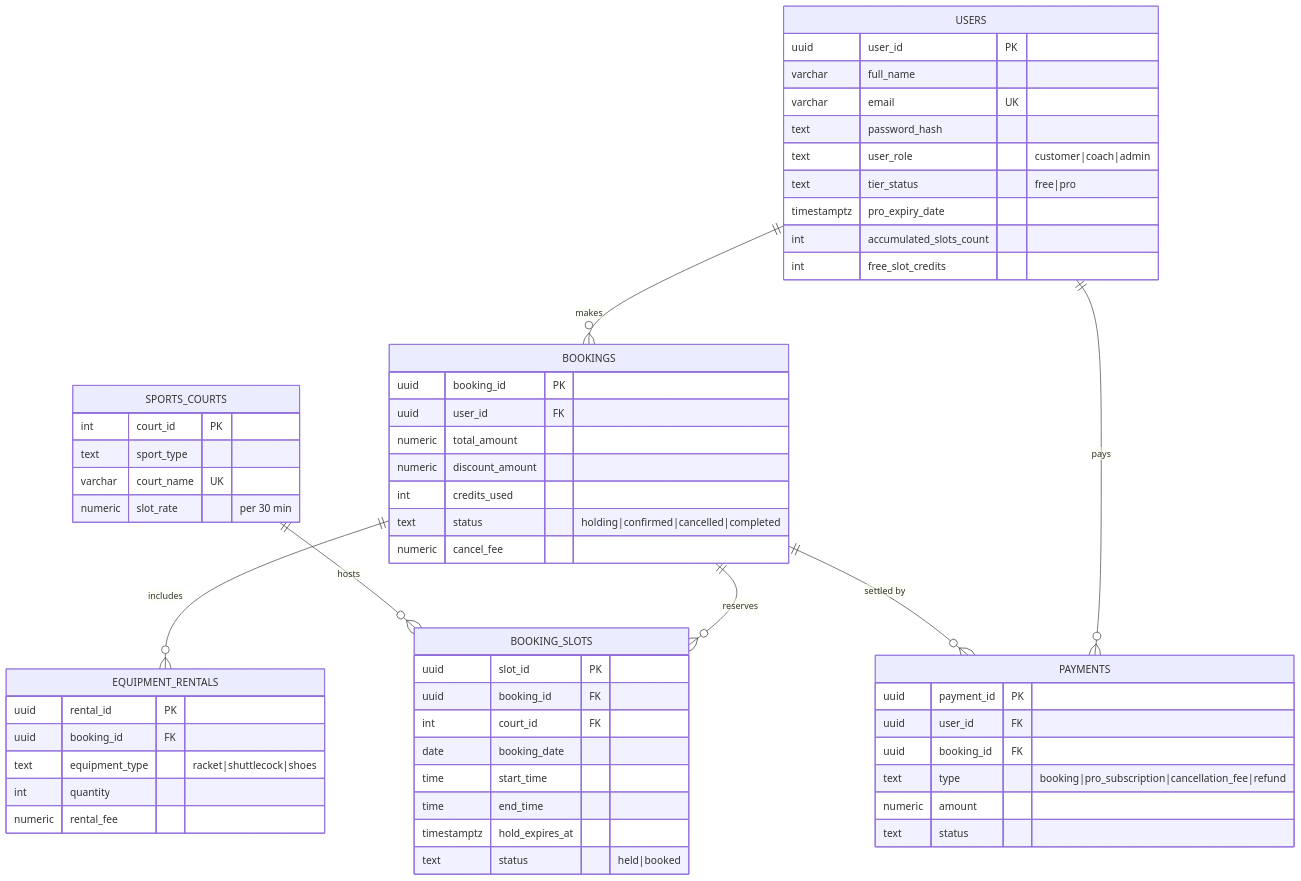
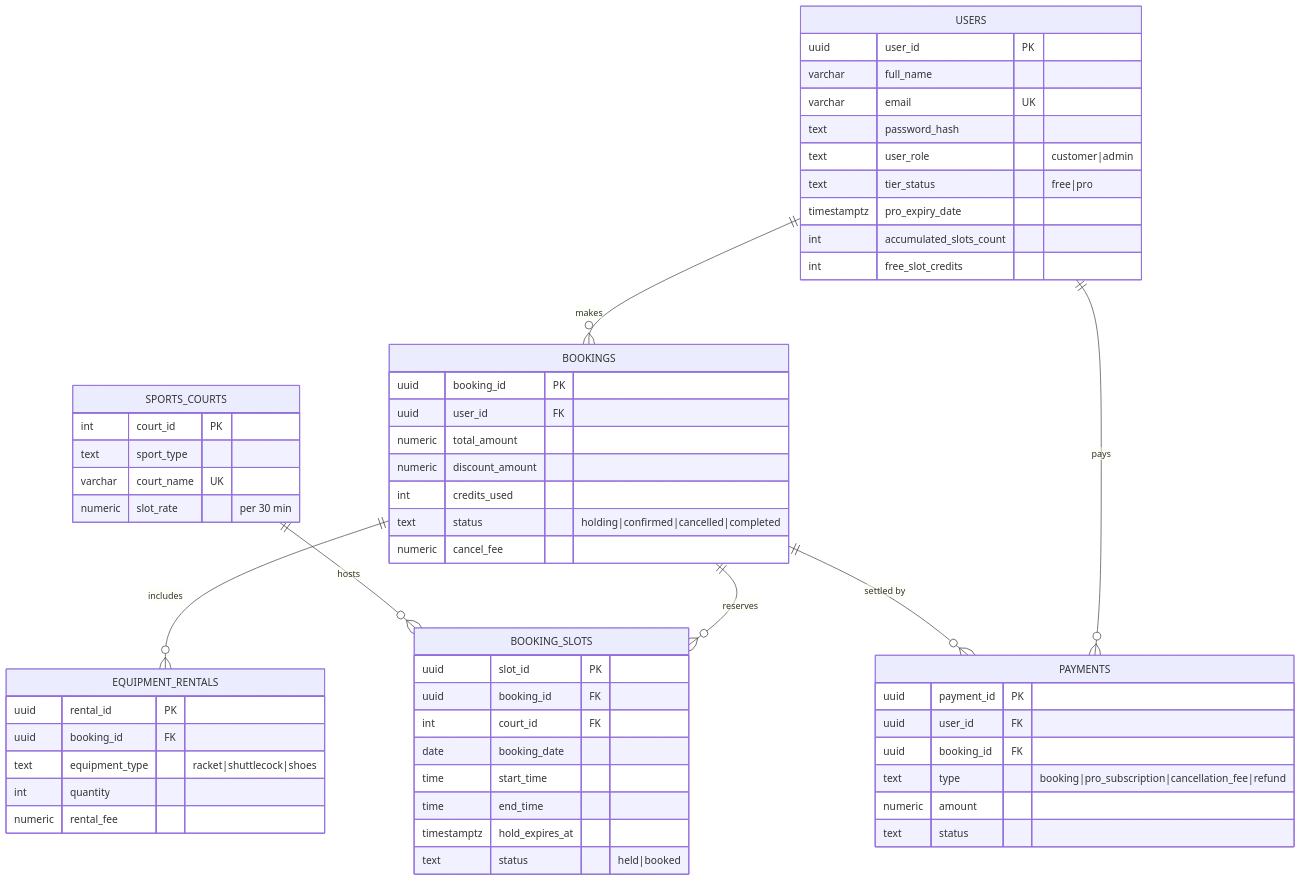
The diagram in docs/ER_DIAGRAM.md (austinsila/Match-Up), drawn with Mermaid before and after one commit. The commit also changed 2 other files, not shown here.

Commit message:
Remove coach role from schema, demo users and ER docs
Roles are now customer and admin only; tier (free/pro) covers the rest.

````diff
--- a/docs/ER_DIAGRAM.md
+++ b/docs/ER_DIAGRAM.md
@@ -3,61 +3,61 @@
 ```mermaid
 erDiagram
     USERS ||--o{ BOOKINGS : makes
     USERS ||--o{ PAYMENTS : pays
     BOOKINGS ||--o{ BOOKING_SLOTS : reserves
     BOOKINGS ||--o{ EQUIPMENT_RENTALS : includes
     BOOKINGS ||--o{ PAYMENTS : "settled by"
     SPORTS_COURTS ||--o{ BOOKING_SLOTS : hosts
 
     USERS {
         uuid user_id PK
         varchar full_name
         varchar email UK
         text password_hash
-        text user_role "customer|coach|admin"
+        text user_role "customer|admin"
         text tier_status "free|pro"
         timestamptz pro_expiry_date
         int accumulated_slots_count
         int free_slot_credits
     }
     SPORTS_COURTS {
         int court_id PK
         text sport_type
         varchar court_name UK
         numeric slot_rate "per 30 min"
     }
     BOOKINGS {
         uuid booking_id PK
         uuid user_id FK
         numeric total_amount
         numeric discount_amount
         int credits_used
         text status "holding|confirmed|cancelled|completed"
         numeric cancel_fee
     }
     BOOKING_SLOTS {
         uuid slot_id PK
         uuid booking_id FK
         int court_id FK
         date booking_date
         time start_time
         time end_time
         timestamptz hold_expires_at
         text status "held|booked"
     }
     EQUIPMENT_RENTALS {
         uuid rental_id PK
         uuid booking_id FK
         text equipment_type "racket|shuttlecock|shoes"
         int quantity
         numeric rental_fee
     }
     PAYMENTS {
         uuid payment_id PK
         uuid user_id FK
         uuid booking_id FK
         text type "booking|pro_subscription|cancellation_fee|refund"
         numeric amount
         text status
     }
 ```
````
